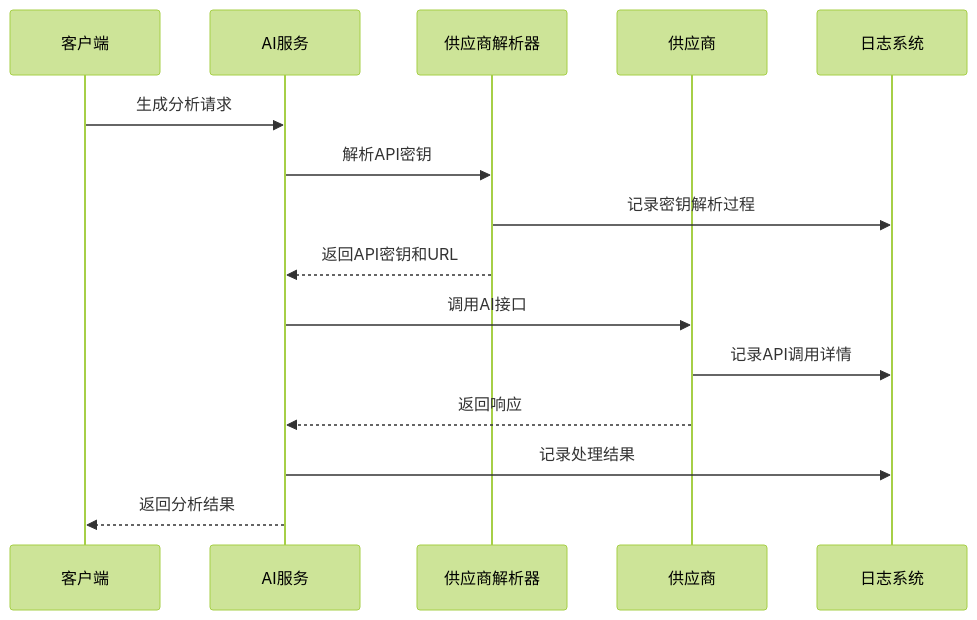
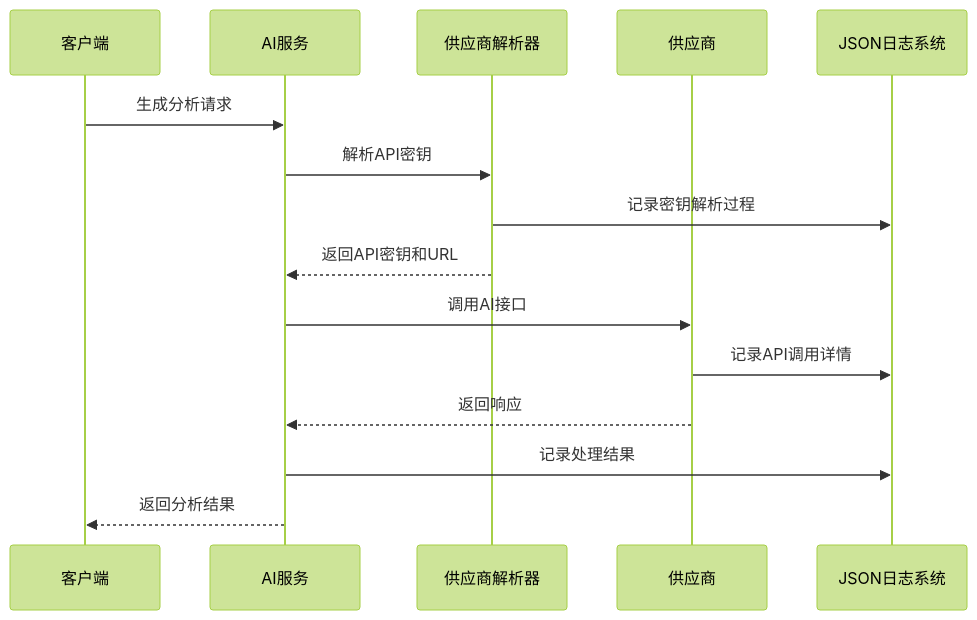
The seventh of 10 diagrams in .qoder/repowiki/zh/content/Debug Logging Enhancement.md (breeze-lyf/ai-stock-advisor), drawn with Mermaid (forest theme) before and after one commit. The commit also changed other lines of this file and 43 other files, not shown here.

````diff
--- a/.qoder/repowiki/zh/content/Debug Logging Enhancement.md
+++ b/.qoder/repowiki/zh/content/Debug Logging Enhancement.md
@@ -268,17 +320,17 @@
 ```mermaid
 sequenceDiagram
 participant Client as 客户端
 participant AIService as AI服务
 participant ProviderResolver as 供应商解析器
 participant Provider as 供应商
-participant Logger as 日志系统
+participant Logger as JSON日志系统
 Client->>AIService : 生成分析请求
 AIService->>ProviderResolver : 解析API密钥
 ProviderResolver->>Logger : 记录密钥解析过程
 ProviderResolver-->>AIService : 返回API密钥和URL
 AIService->>Provider : 调用AI接口
 Provider->>Logger : 记录API调用详情
 Provider-->>AIService : 返回响应
 AIService->>Logger : 记录处理结果
 AIService-->>Client : 返回分析结果
 ```
````
